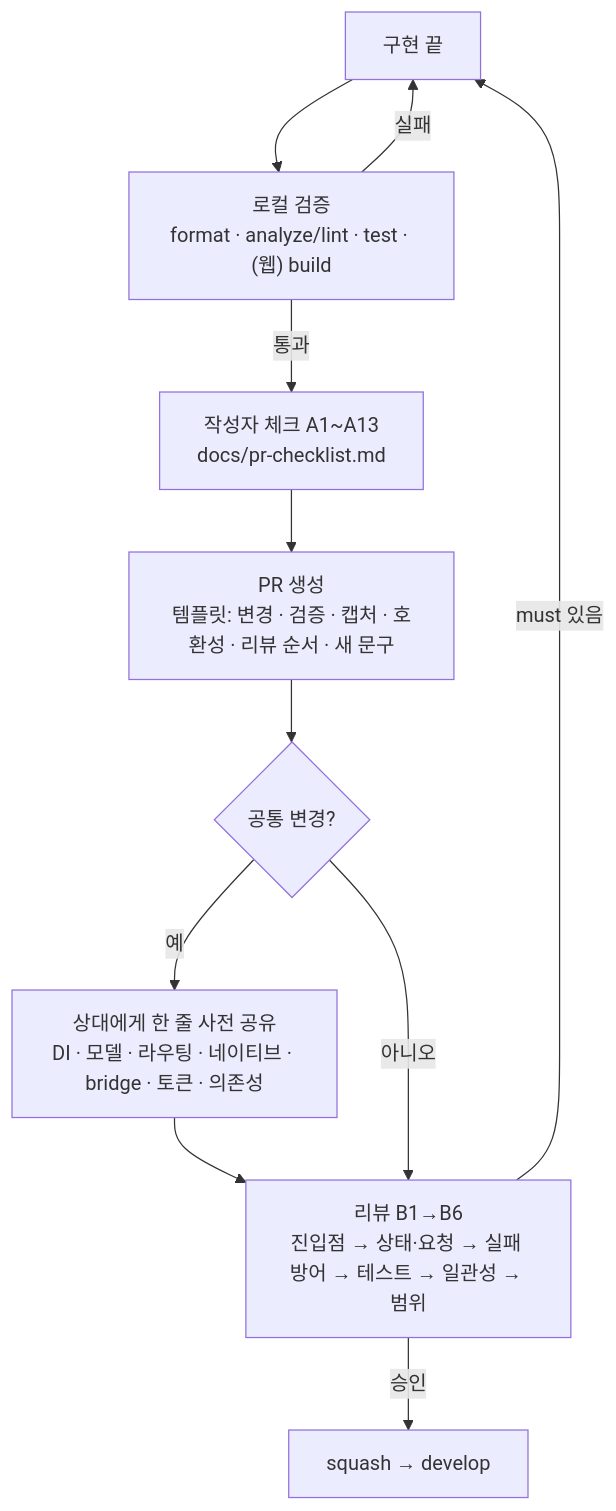
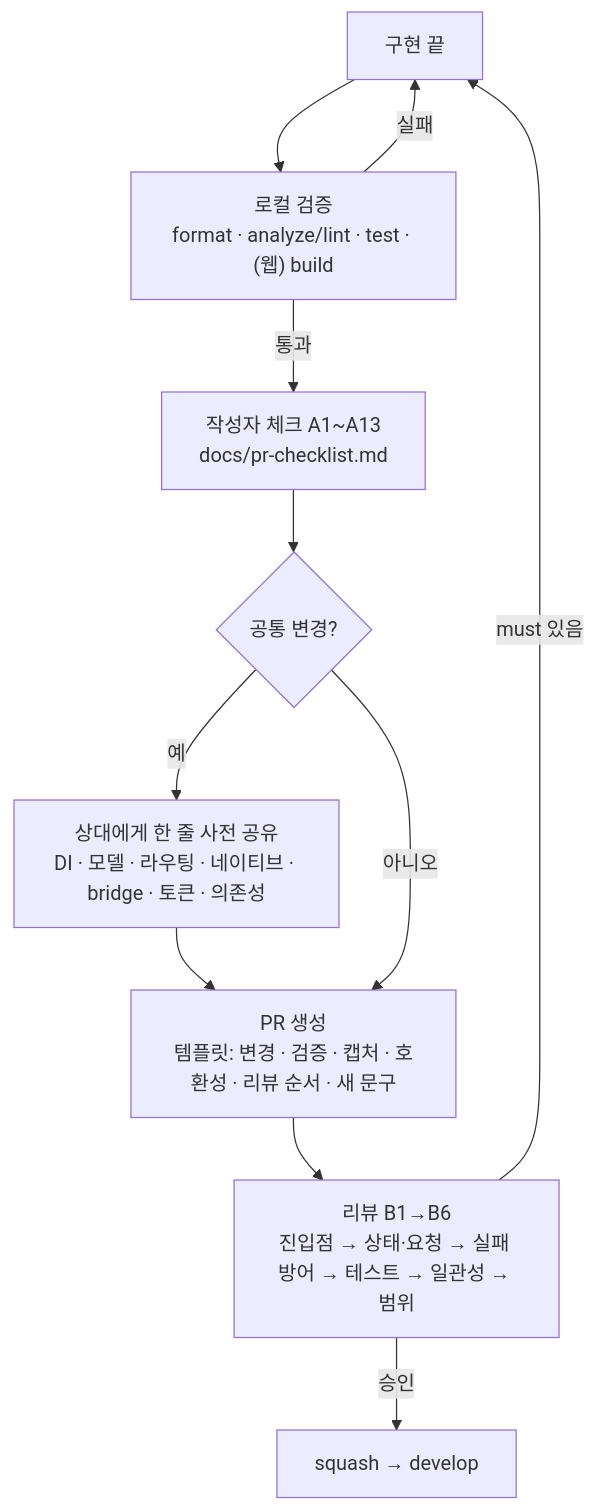
One commit to JECT-Study/highfive-5th-Client changed diagram 14 of 15 in docs/overview.md. Above: the diagram before and after it, drawn with Mermaid. The commit also changed other lines of this file and 6 other files, not shown here.

````diff
--- a/docs/overview.md
+++ b/docs/overview.md
@@ -333,13 +333,13 @@
 ```mermaid
 flowchart TB
   impl["구현 끝"] --> local["로컬 검증<br/>format · analyze/lint · test · (웹) build"]
   local -->|"실패"| impl
   local -->|"통과"| self["작성자 체크 A1~A13<br/>docs/pr-checklist.md"]
-  self --> pr["PR 생성<br/>템플릿: 변경 · 검증 · 캡처 · 호환성 · 리뷰 순서 · 새 문구"]
-  pr --> share{"공통 변경?"}
+  self --> share{"공통 변경?"}
   share -->|"예"| notify["상대에게 한 줄 사전 공유<br/>DI · 모델 · 라우팅 · 네이티브 · bridge · 토큰 · 의존성"]
-  notify --> review
-  share -->|"아니오"| review["리뷰 B1→B6<br/>진입점 → 상태·요청 → 실패 방어 → 테스트 → 일관성 → 범위"]
+  notify --> pr
+  share -->|"아니오"| pr["PR 생성<br/>템플릿: 변경 · 검증 · 캡처 · 호환성 · 리뷰 순서 · 새 문구"]
+  pr --> review["리뷰 B1→B6<br/>진입점 → 상태·요청 → 실패 방어 → 테스트 → 일관성 → 범위"]
   review -->|"must 있음"| impl
   review -->|"승인"| merge["squash → develop"]
 ```
````
